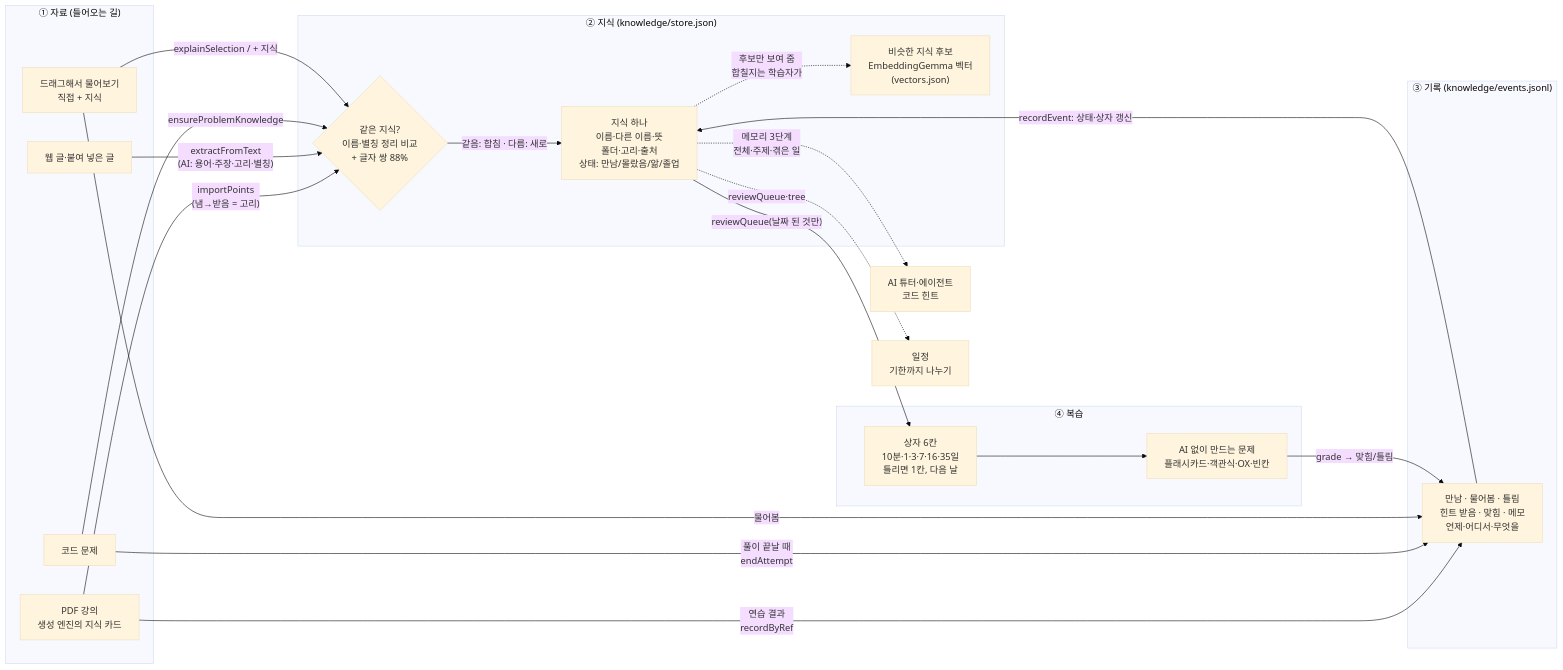
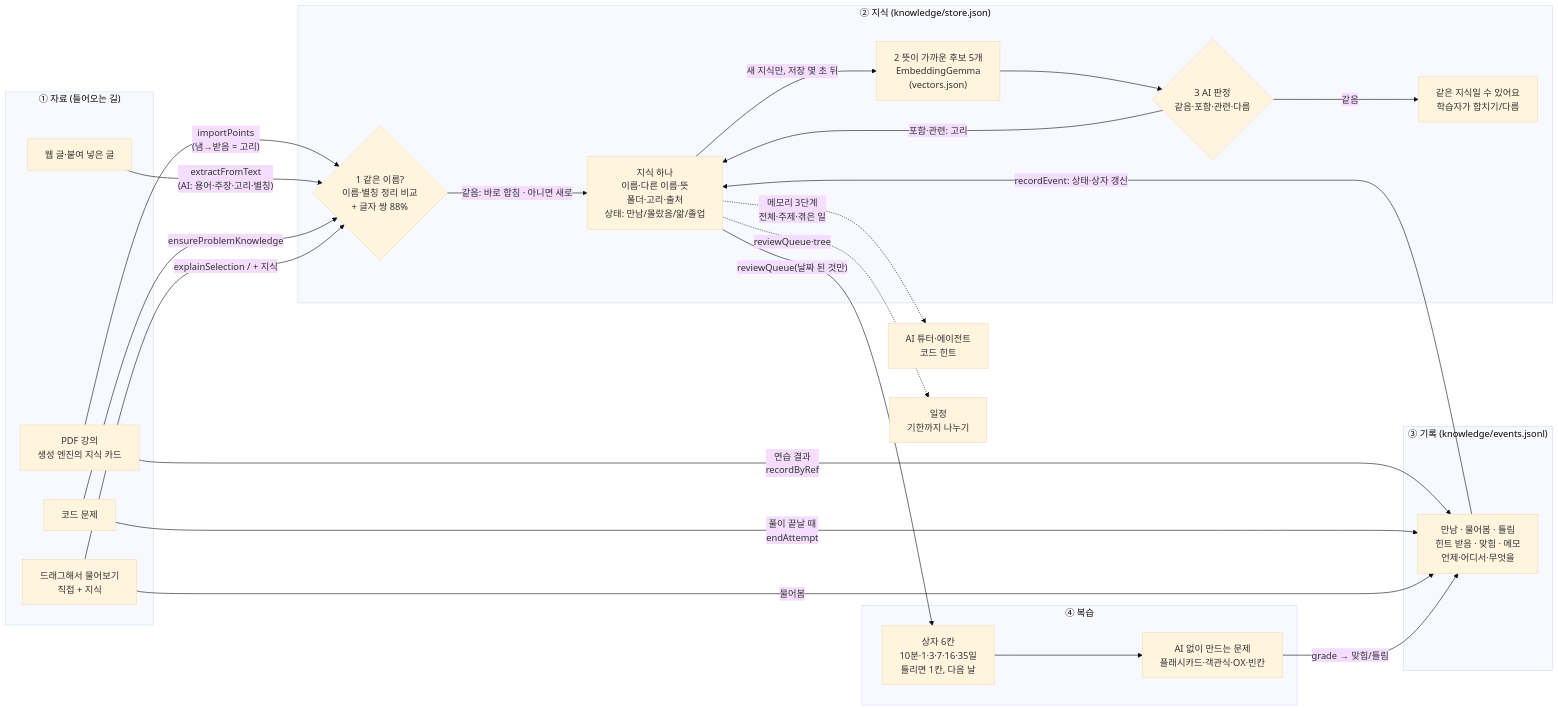
One commit to starvvolf/EasyMemory changed the diagram in docs/지식저장소_파이프라인.md. Above: the diagram before and after it, drawn with Mermaid (base theme). The commit also changed other lines of this file and 1 other file, not shown here.

Commit message:
[경계] docs: 같은 지식 찾기 3단계를 파이프라인 그림·설명·CURRENT_STATUS에 반영
Claude-Session: https://claude.ai/code/session_01C8oRCsJq18U5niWHu8o7V4

````diff
--- a/docs/지식저장소_파이프라인.md
+++ b/docs/지식저장소_파이프라인.md
@@ -7,42 +7,47 @@
 ```mermaid
 flowchart LR
   subgraph IN["① 자료 (들어오는 길)"]
     PDF["PDF 강의<br/>생성 엔진의 지식 카드"]
     WEB["웹 글·붙여 넣은 글"]
     CODE["코드 문제"]
     ASK["드래그해서 물어보기<br/>직접 + 지식"]
   end
 
   subgraph KS["② 지식 (knowledge/store.json)"]
-    SAME{"같은 지식?<br/>이름·별칭 정리 비교<br/>+ 글자 쌍 88%"}
+    SAME{"1 같은 이름?<br/>이름·별칭 정리 비교<br/>+ 글자 쌍 88%"}
     ITEM["지식 하나<br/>이름·다른 이름·뜻<br/>폴더·고리·출처<br/>상태: 만남/몰랐음/앎/졸업"]
-    VEC["비슷한 지식 후보<br/>EmbeddingGemma 벡터<br/>(vectors.json)"]
+    VEC["2 뜻이 가까운 후보 5개<br/>EmbeddingGemma<br/>(vectors.json)"]
+    JUDGE{"3 AI 판정<br/>같음·포함·관련·다름"}
+    DUP["같은 지식일 수 있어요<br/>학습자가 합치기/다름"]
   end
 
   subgraph EV["③ 기록 (knowledge/events.jsonl)"]
     E["만남 · 물어봄 · 틀림<br/>힌트 받음 · 맞힘 · 메모<br/>언제·어디서·무엇을"]
   end
 
   subgraph RV["④ 복습"]
     BOX["상자 6칸<br/>10분·1·3·7·16·35일<br/>틀리면 1칸, 다음 날"]
     Q["AI 없이 만드는 문제<br/>플래시카드·객관식·OX·빈칸"]
   end
 
   PDF -- "importPoints<br/>(냄→받음 = 고리)" --> SAME
   WEB -- "extractFromText<br/>(AI: 용어·주장·고리·별칭)" --> SAME
   CODE -- "ensureProblemKnowledge" --> SAME
   ASK -- "explainSelection / + 지식" --> SAME
-  SAME -- "같음: 합침 · 다름: 새로" --> ITEM
-  ITEM -. "후보만 보여 줌<br/>합칠지는 학습자가" .-> VEC
+  SAME -- "같음: 바로 합침 · 아니면 새로" --> ITEM
+  ITEM -- "새 지식만, 저장 몇 초 뒤" --> VEC
+  VEC --> JUDGE
+  JUDGE -- "같음" --> DUP
+  JUDGE -- "포함·관련: 고리" --> ITEM
 
   PDF -- "연습 결과<br/>recordByRef" --> E
   CODE -- "풀이 끝날 때<br/>endAttempt" --> E
   ASK -- "물어봄" --> E
   E -- "recordEvent: 상태·상자 갱신" --> ITEM
   ITEM -- "reviewQueue(날짜 된 것만)" --> BOX
   BOX --> Q
   Q -- "grade → 맞힘/틀림" --> E
 
   ITEM -. "메모리 3단계<br/>전체·주제·겪은 일" .-> AI["AI 튜터·에이전트<br/>코드 힌트"]
   ITEM -. "reviewQueue·tree" .-> PLAN["일정<br/>기한까지 나누기"]
 ```
````
